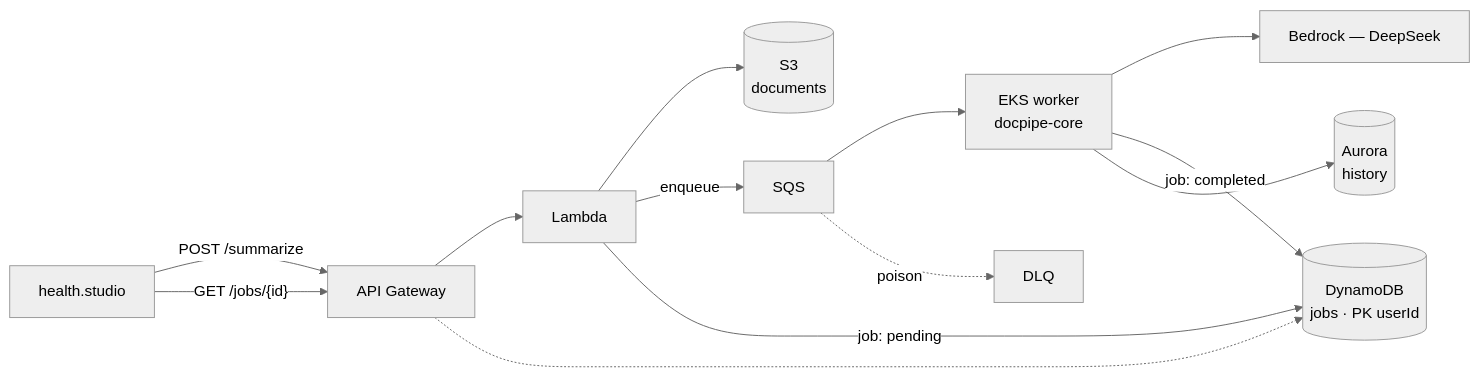
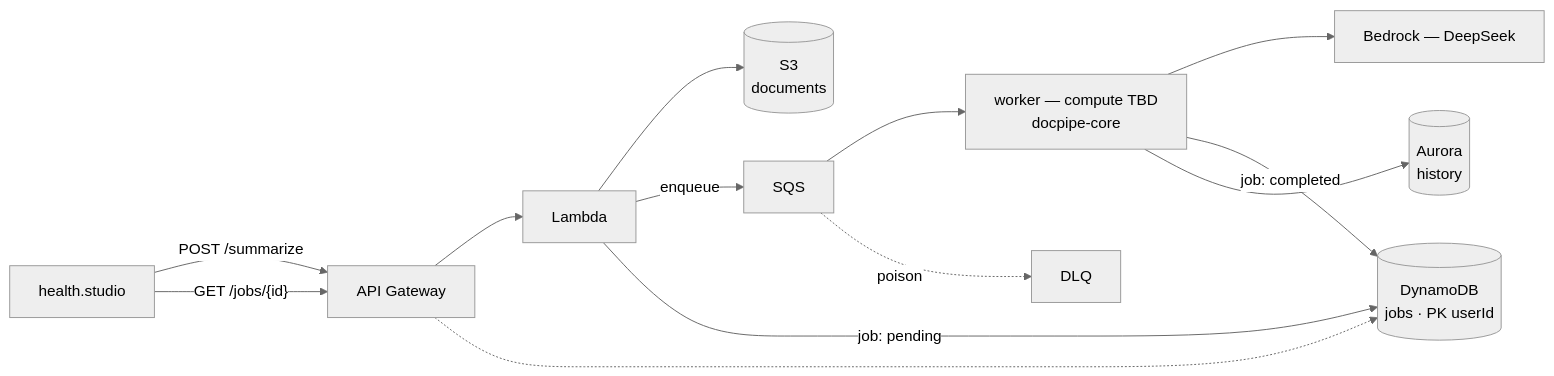
One commit to alohamonius/docpipe changed the third of 3 diagrams in README.md. Above: the diagram before and after it, drawn with Mermaid (neutral theme). The commit also changed other lines of this file and 3 other files, not shown here.

````diff
--- a/README.md
+++ b/README.md
@@ -67,24 +82,24 @@
 ```mermaid
 flowchart LR
     App["health.studio"]
     APIGW["API Gateway"]
     L["Lambda"]
     S3[("S3<br/>documents")]
     Q["SQS"]
     DLQ["DLQ"]
-    W["EKS worker<br/>docpipe-core"]
+    W["worker — compute TBD<br/>docpipe-core"]
     LLM["Bedrock — DeepSeek"]
     DDB[("DynamoDB<br/>jobs · PK userId")]
     RDS[("Aurora<br/>history")]
 
     App -->|"POST /summarize"| APIGW --> L
     L --> S3
     L -->|enqueue| Q
     L -->|"job: pending"| DDB
     Q --> W
     Q -.->|poison| DLQ
     W --> LLM
     W -->|"job: completed"| DDB
     W --> RDS
     App -->|"GET /jobs/{id}"| APIGW -.-> DDB
 ```
````
